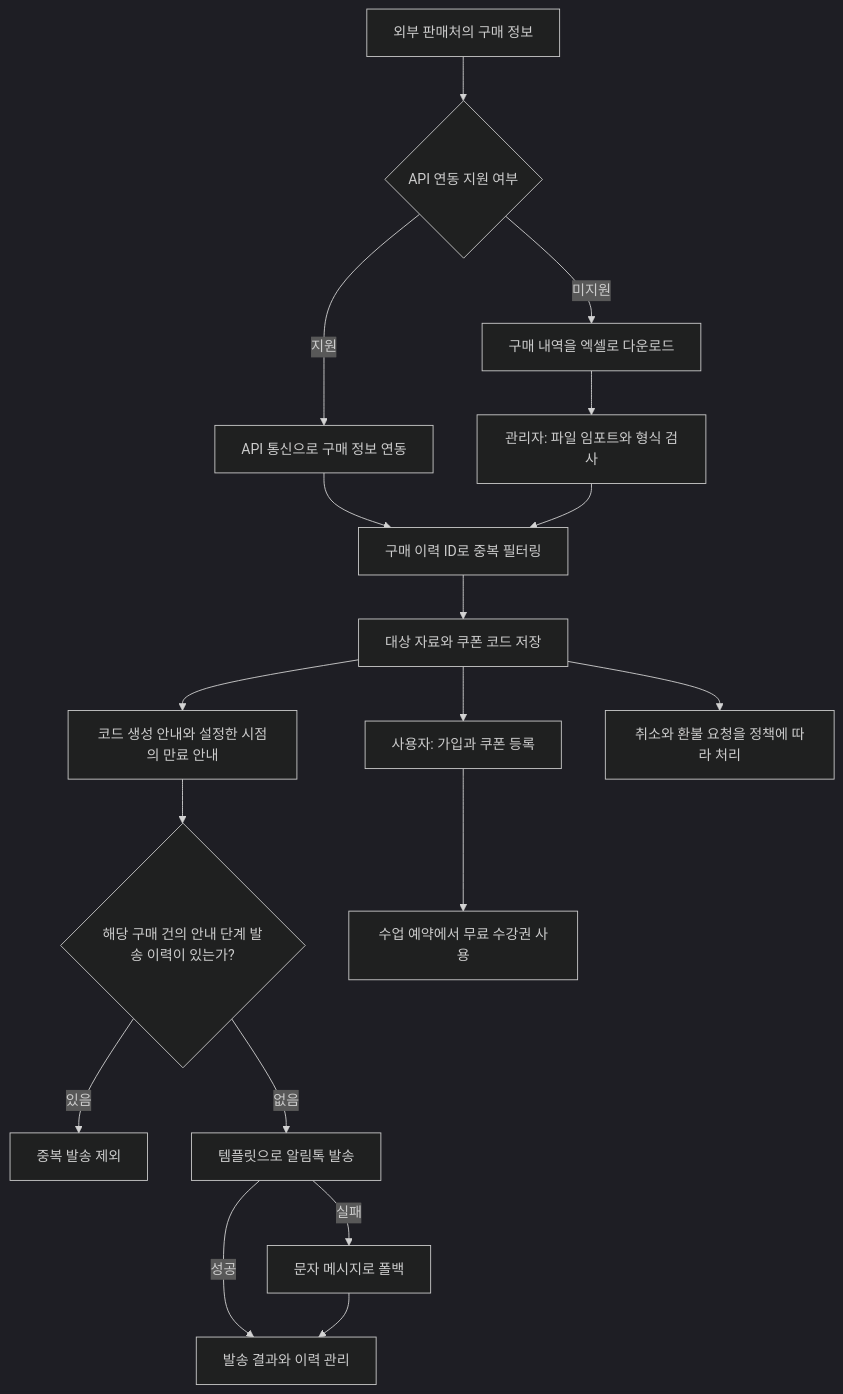
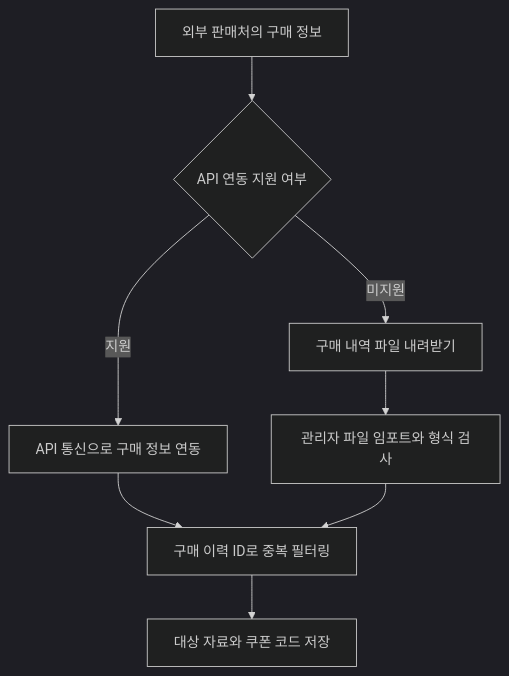
The second of 4 diagrams in projects/education-services/promotion.md (KimHG1995/work-history), drawn with Mermaid (dark theme) before and after one commit. The commit also changed other lines of this file and 3 other files, not shown here.

Commit message:
docs: 주요 Mermaid 구성도 흐름과 저장 관계 분리

````diff
--- a/projects/education-services/promotion.md
+++ b/projects/education-services/promotion.md
@@ -101,20 +103,10 @@
 ```mermaid
-flowchart TD
+flowchart TB
     partner["외부 판매처의 구매 정보"] --> method{"API 연동 지원 여부"}
     method -->|지원| api["API 통신으로 구매 정보 연동"]
-    method -->|미지원| export["구매 내역을 엑셀로 다운로드"]
-    export --> upload["관리자: 파일 임포트와 형식 검사"]
+    method -->|미지원| export["구매 내역 파일 내려받기"]
+    export --> upload["관리자 파일 임포트와 형식 검사"]
     api --> validate["구매 이력 ID로 중복 필터링"]
     upload --> validate
     validate --> store["대상 자료와 쿠폰 코드 저장"]
-    store --> notice["코드 생성 안내와 설정한 시점의 만료 안내"]
-    notice --> history{"해당 구매 건의 안내 단계 발송 이력이 있는가?"}
-    history -->|있음| skip["중복 발송 제외"]
-    history -->|없음| talk["템플릿으로 알림톡 발송"]
-    talk -->|실패| fallback["문자 메시지로 폴백"]
-    talk -->|성공| log["발송 결과와 이력 관리"]
-    fallback --> log
-    store --> signup["사용자: 가입과 쿠폰 등록"]
-    signup --> reserve["수업 예약에서 무료 수강권 사용"]
-    store --> policy["취소와 환불 요청을 정책에 따라 처리"]
 ```
````
